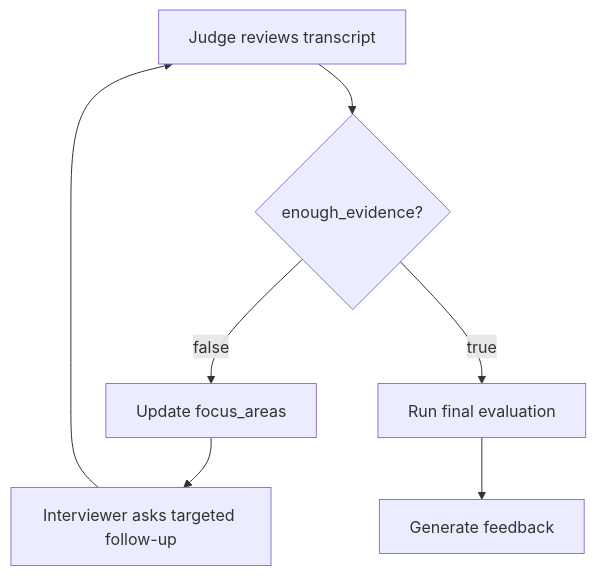
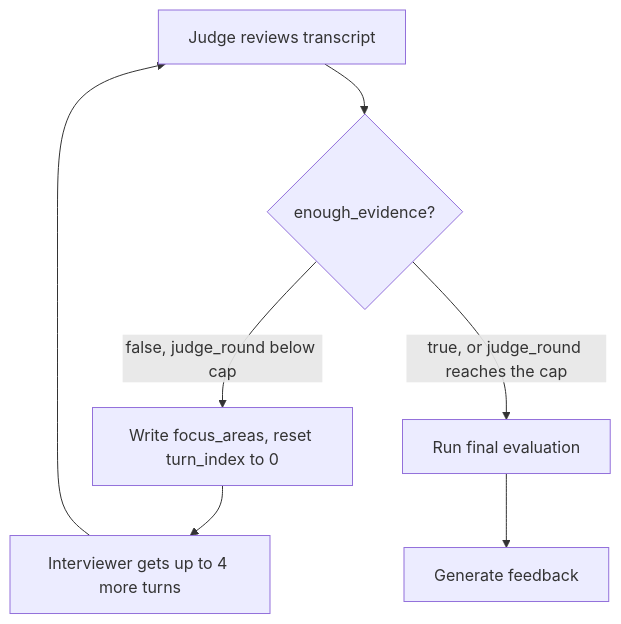
One commit to PPerezdeMadrid/agentic-case-interview-coach changed the fourth of 4 diagrams in doc/graph.md. Above: the diagram before and after it, drawn with Mermaid. The commit also changed other lines of this file and 28 other files, not shown here.

````diff
--- a/doc/graph.md
+++ b/doc/graph.md
@@ -151,9 +178,9 @@
 ```mermaid
 flowchart TD
     A[Judge reviews transcript] --> B{enough_evidence?}
-    B -- false --> C[Update focus_areas]
-    C --> D[Interviewer asks targeted follow-up]
+    B -- false, judge_round below cap --> C[Write focus_areas, reset turn_index to 0]
+    C --> D[Interviewer gets up to 4 more turns]
     D --> A
-    B -- true --> E[Run final evaluation]
+    B -- true, or judge_round reaches the cap --> E[Run final evaluation]
     E --> F[Generate feedback]
 ```
````
